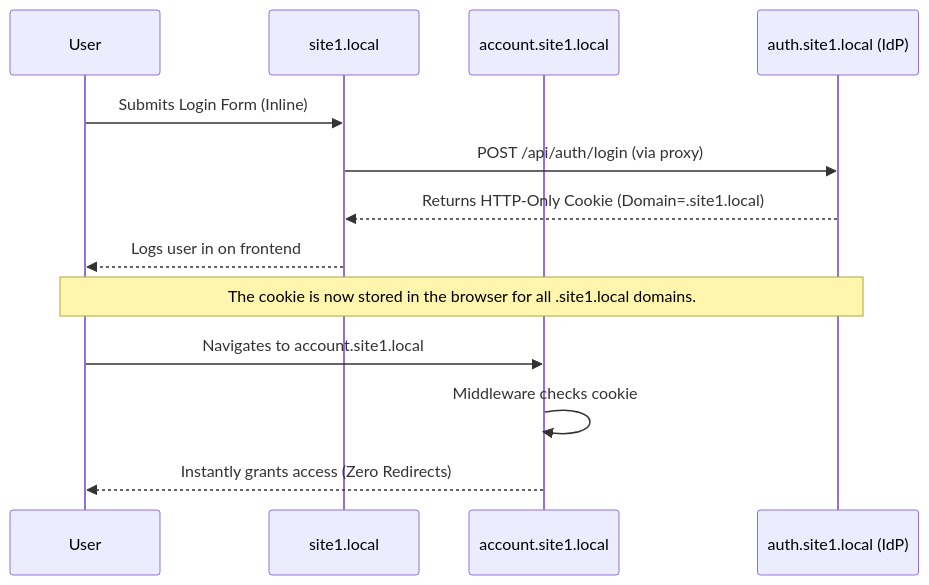
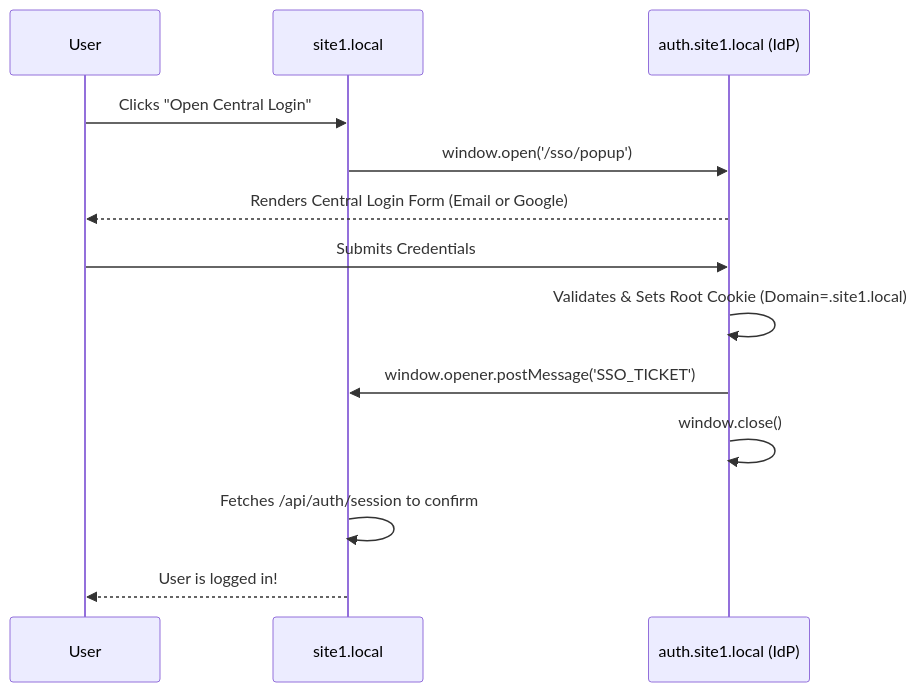
The first of 3 diagrams in docs/cross-domain.md (kabadc/multi-domain-auth), drawn with Mermaid before and after one commit. The commit also changed other lines of this file and 5 other files, not shown here.

````diff
--- a/docs/cross-domain.md
+++ b/docs/cross-domain.md
@@ -13,18 +13,17 @@
 ```mermaid
 sequenceDiagram
     participant User
     participant Site1 as site1.local
-    participant Account as account.site1.local
     participant Auth as auth.site1.local (IdP)
 
-    User->>Site1: Submits Login Form (Inline)
-    Site1->>Auth: POST /api/auth/login (via proxy)
-    Auth-->>Site1: Returns HTTP-Only Cookie (Domain=.site1.local)
-    Site1-->>User: Logs user in on frontend
+    User->>Site1: Clicks "Open Central Login"
+    Site1->>Auth: window.open('/sso/popup')
+    Auth-->>User: Renders Central Login Form (Email or Google)
+    User->>Auth: Submits Credentials
+    Auth->>Auth: Validates & Sets Root Cookie (Domain=.site1.local)
+    Auth->>Site1: window.opener.postMessage('SSO_TICKET')
+    Auth->>Auth: window.close()
     
-    Note over User,Auth: The cookie is now stored in the browser for all .site1.local domains.
-
-    User->>Account: Navigates to account.site1.local
-    Account->>Account: Middleware checks cookie
-    Account-->>User: Instantly grants access (Zero Redirects)
+    Site1->>Site1: Fetches /api/auth/session to confirm
+    Site1-->>User: User is logged in!
 ```
````
